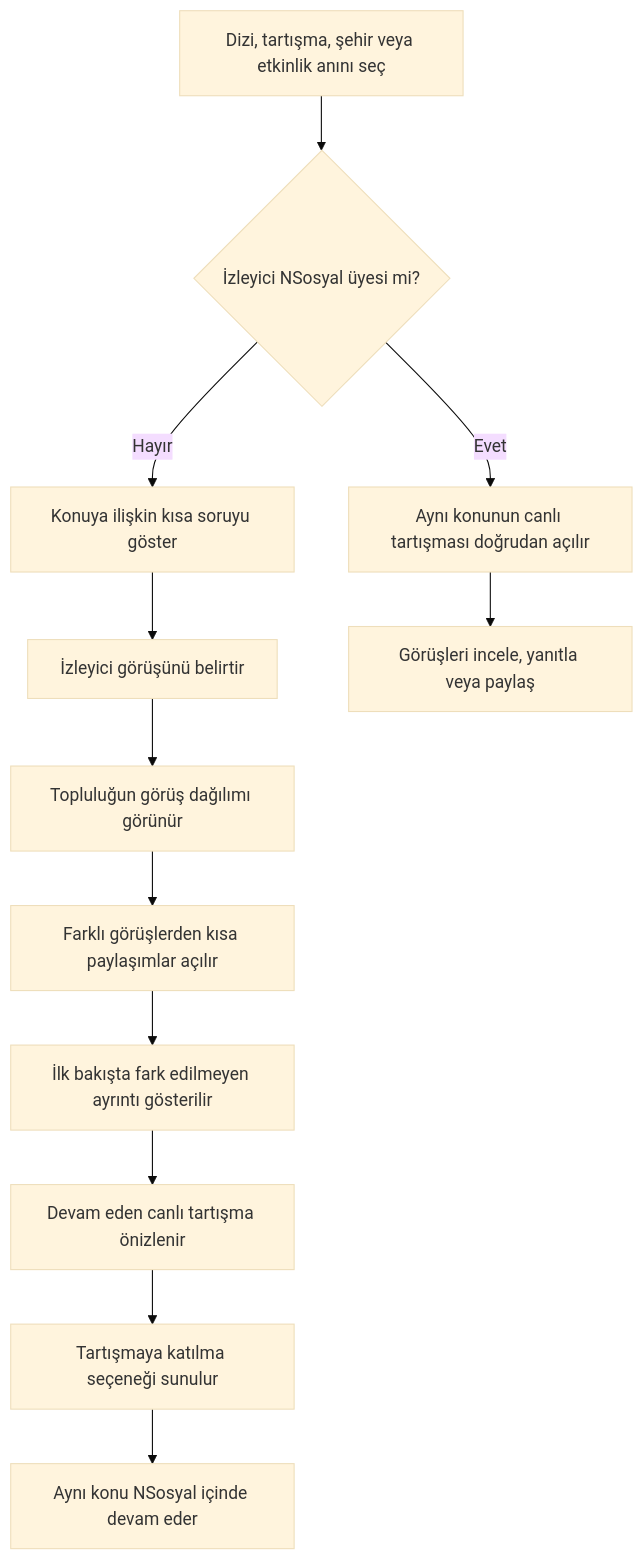
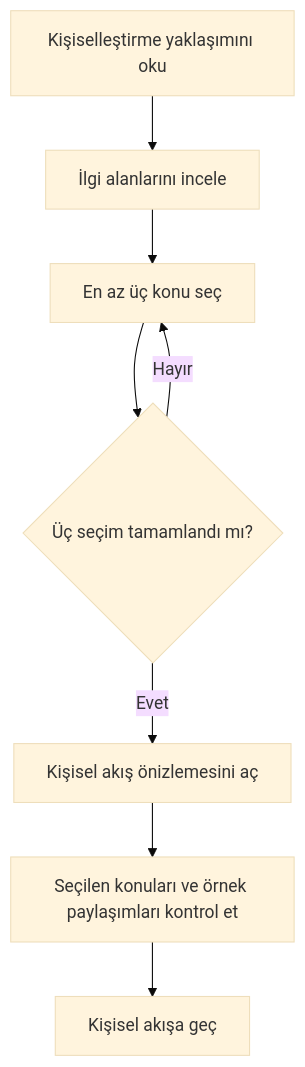
Before and after one commit to NSosyalDuoDesign/NeSosyalPrototip: the third of 8 diagrams in Docs/DEMO_SCENARIO_UX_ACCESSIBILITY_REPORT.md, drawn with Mermaid (base theme). The commit also changed other lines of this file and 1 other file, not shown here.

````diff
--- a/Docs/DEMO_SCENARIO_UX_ACCESSIBILITY_REPORT.md
+++ b/Docs/DEMO_SCENARIO_UX_ACCESSIBILITY_REPORT.md
@@ -60,14 +138,10 @@
 ```mermaid
 flowchart TD
-    A["Dizi, tartışma, şehir veya etkinlik anını seç"] --> B{"İzleyici NSosyal üyesi mi?"}
-    B -- "Hayır" --> C["Konuya ilişkin kısa soruyu göster"]
-    C --> D["İzleyici görüşünü belirtir"]
-    D --> E["Topluluğun görüş dağılımı görünür"]
-    E --> F["Farklı görüşlerden kısa paylaşımlar açılır"]
-    F --> G["İlk bakışta fark edilmeyen ayrıntı gösterilir"]
-    G --> H["Devam eden canlı tartışma önizlenir"]
-    H --> I["Tartışmaya katılma seçeneği sunulur"]
-    I --> J["Aynı konu NSosyal içinde devam eder"]
-    B -- "Evet" --> K["Aynı konunun canlı tartışması doğrudan açılır"]
-    K --> L["Görüşleri incele, yanıtla veya paylaş"]
+    A["Kişiselleştirme yaklaşımını oku"] --> B["İlgi alanlarını incele"]
+    B --> C["En az üç konu seç"]
+    C --> D{"Üç seçim tamamlandı mı?"}
+    D -- "Hayır" --> C
+    D -- "Evet" --> E["Kişisel akış önizlemesini aç"]
+    E --> F["Seçilen konuları ve örnek paylaşımları kontrol et"]
+    F --> G["Kişisel akışa geç"]
 ```
````
